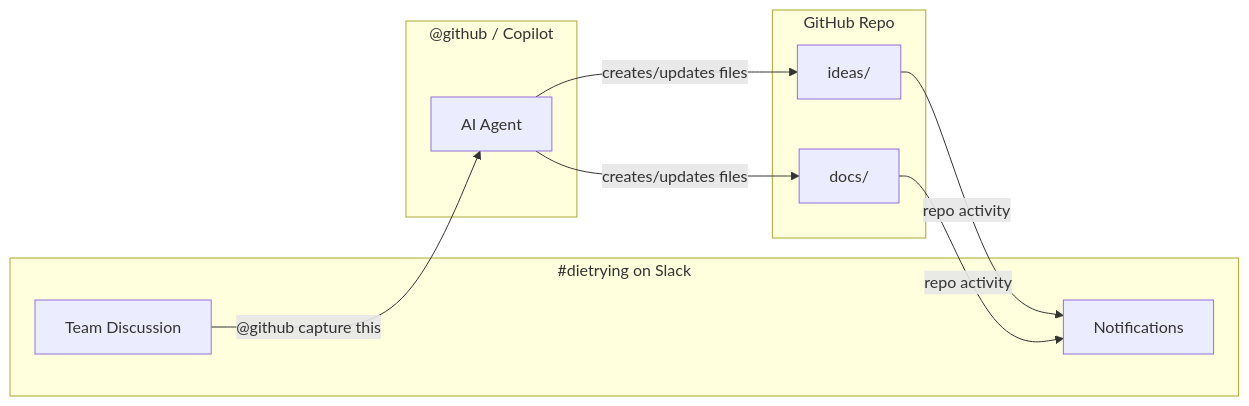
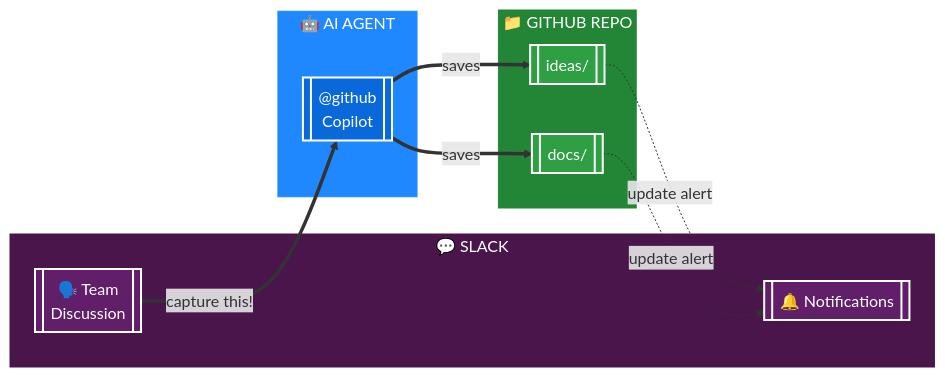
One commit to niemesrw/dietrying changed the diagram in README.md. Above: the diagram before and after it, drawn with Mermaid.

Commit message:
Improve diagram readability with colors
- Slack purple, GitHub green, Agent blue
- Larger nodes with emojis
- Thicker flow lines
- Easier on the eyes for the 50+ crowd

````diff
--- a/README.md
+++ b/README.md
@@ -24,22 +24,31 @@
 ```mermaid
 flowchart LR
-    subgraph Slack["#dietrying on Slack"]
-        Team["Team Discussion"]
-        Notify["Notifications"]
+    subgraph Slack["💬 SLACK"]
+        Team[["🗣️ Team<br/>Discussion"]]
+        Notify[["🔔 Notifications"]]
     end
 
-    subgraph Agent["@github / Copilot"]
-        AI["AI Agent"]
+    subgraph Agent["🤖 AI AGENT"]
+        AI[["@github<br/>Copilot"]]
     end
 
-    subgraph GitHub["GitHub Repo"]
-        Ideas["ideas/"]
-        Docs["docs/"]
+    subgraph GitHub["📁 GITHUB REPO"]
+        Ideas[["ideas/"]]
+        Docs[["docs/"]]
     end
 
-    Team -->|"@github capture this"| AI
-    AI -->|creates/updates files| Ideas
-    AI -->|creates/updates files| Docs
-    Ideas -->|repo activity| Notify
-    Docs -->|repo activity| Notify
+    Team ==>|"capture this!"| AI
+    AI ==>|saves| Ideas
+    AI ==>|saves| Docs
+    Ideas -.->|update alert| Notify
+    Docs -.->|update alert| Notify
+
+    style Slack fill:#4A154B,color:#fff,stroke:#4A154B
+    style Agent fill:#2088FF,color:#fff,stroke:#2088FF
+    style GitHub fill:#238636,color:#fff,stroke:#238636
+    style Team fill:#611f69,color:#fff,stroke:#fff,stroke-width:2px
+    style Notify fill:#611f69,color:#fff,stroke:#fff,stroke-width:2px
+    style AI fill:#0969da,color:#fff,stroke:#fff,stroke-width:2px
+    style Ideas fill:#2ea043,color:#fff,stroke:#fff,stroke-width:2px
+    style Docs fill:#2ea043,color:#fff,stroke:#fff,stroke-width:2px
 ```
````
